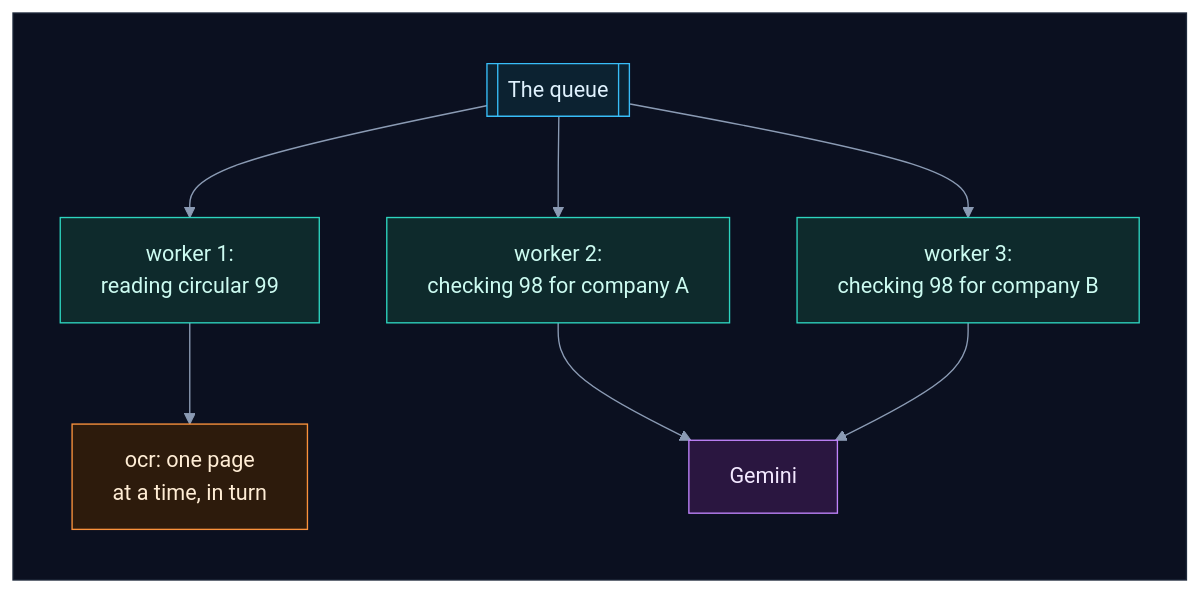
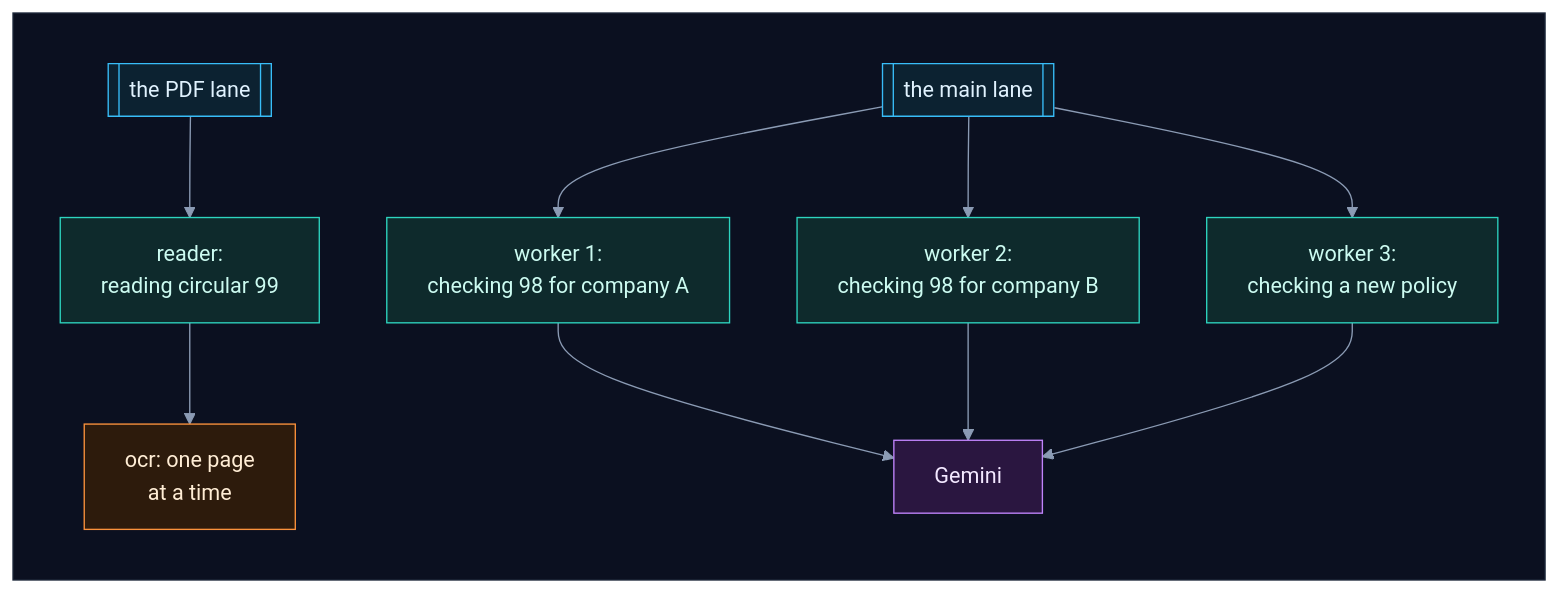
One commit to selvakumarperumal/Regulatory_Circular_Impact_Agent changed diagram 40 of 56 in how_it_works.md. Above: the diagram before and after it, drawn with Mermaid. The commit also changed other lines of this file and 7 other files, not shown here.

Commit message:
Document the PDF lane and the main lane

````diff
--- a/how_it_works.md
+++ b/how_it_works.md
@@ -1980,28 +2011,30 @@
 ```mermaid
 %%{init: {"theme": "base", "flowchart": {"diagramPadding": 0}, "themeVariables": {"darkMode": true, "primaryColor": "#16213a", "primaryTextColor": "#e6edf7", "primaryBorderColor": "#475a7a", "lineColor": "#8b9bb4", "secondaryColor": "#1b2436", "tertiaryColor": "#101a2e", "edgeLabelBackground": "#0f172a", "textColor": "#e2e8f0", "clusterBkg": "#0f1728", "clusterBorder": "#2b3a55", "titleColor": "#c4b5fd", "nodeTextColor": "#e6edf7"}}}%%
 flowchart TD
     subgraph canvas[" "]
         direction TB
-        Q[["The queue"]] --> K1["worker 1:<br/>reading circular 99"]
-        Q --> K2["worker 2:<br/>checking 98 for company A"]
-        Q --> K3["worker 3:<br/>checking 98 for company B"]
-        K1 --> O["ocr: one page<br/>at a time, in turn"]
-        K2 --> G["Gemini"]
+        P[["the PDF lane"]] --> R["reader:<br/>reading circular 99"]
+        R --> O["ocr: one page<br/>at a time"]
+        Q[["the main lane"]] --> K1["worker 1:<br/>checking 98 for company A"]
+        Q --> K2["worker 2:<br/>checking 98 for company B"]
+        Q --> K3["worker 3:<br/>checking a new policy"]
+        K1 --> G["Gemini"]
+        K2 --> G
         K3 --> G
     end
     classDef svc fill:#0e2a2c,stroke:#2dd4bf,color:#ccfbf1
     classDef data fill:#1c1a47,stroke:#818cf8,color:#e0e7ff
     classDef ext fill:#2a1640,stroke:#c084fc,color:#f3e8ff
     classDef gpu fill:#2d1b0c,stroke:#fb923c,color:#ffedd5
     classDef ask fill:#2a2410,stroke:#fbbf24,color:#fef3c7
     classDef ok fill:#0b2a1c,stroke:#34d399,color:#d1fae5
     classDef bad fill:#2e0f17,stroke:#fb7185,color:#ffe4e6
     classDef start fill:#1c2a0e,stroke:#a7ef6f,color:#ecfccb
     classDef muted fill:#1a2130,stroke:#64748b,color:#cbd5e1
     classDef queue fill:#0c2231,stroke:#38bdf8,color:#e0f2fe
-    class Q queue
-    class K1,K2,K3 svc
+    class P,Q queue
+    class R,K1,K2,K3 svc
     class O gpu
     class G ext
     style canvas fill:#0b1020,stroke:#1e293b,color:#0b1020
 ```
````
